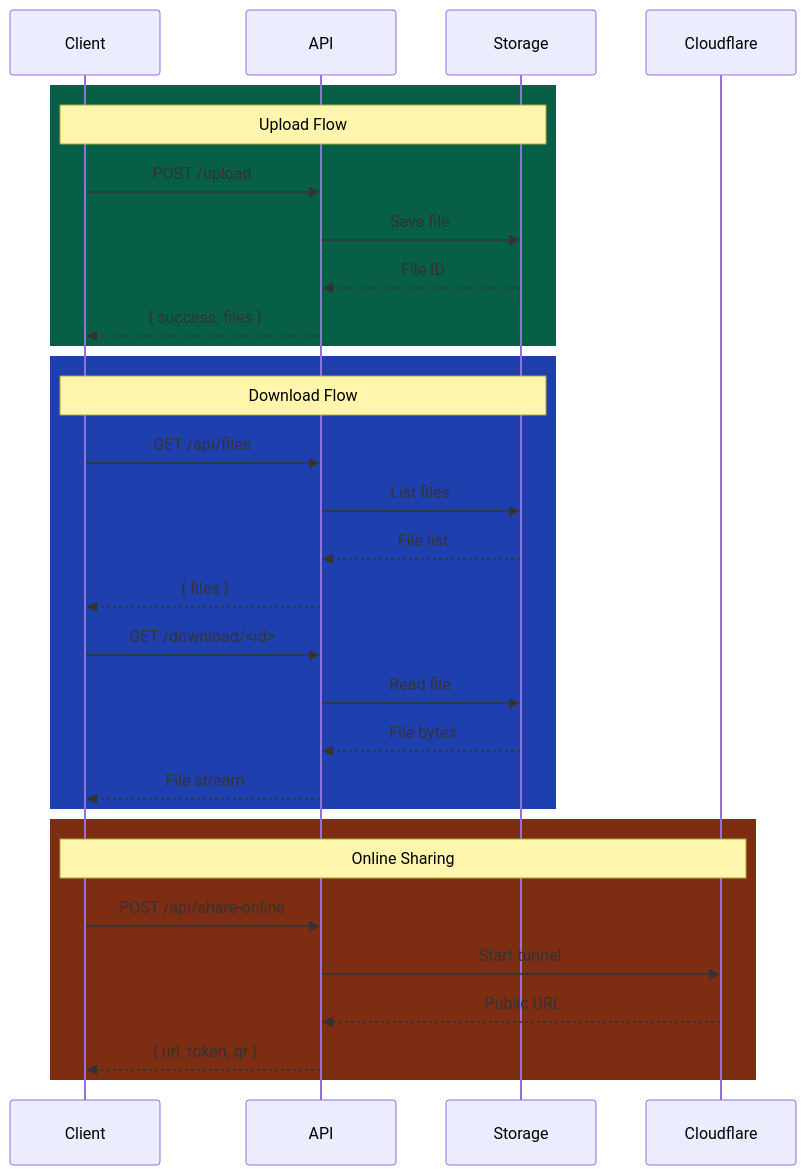
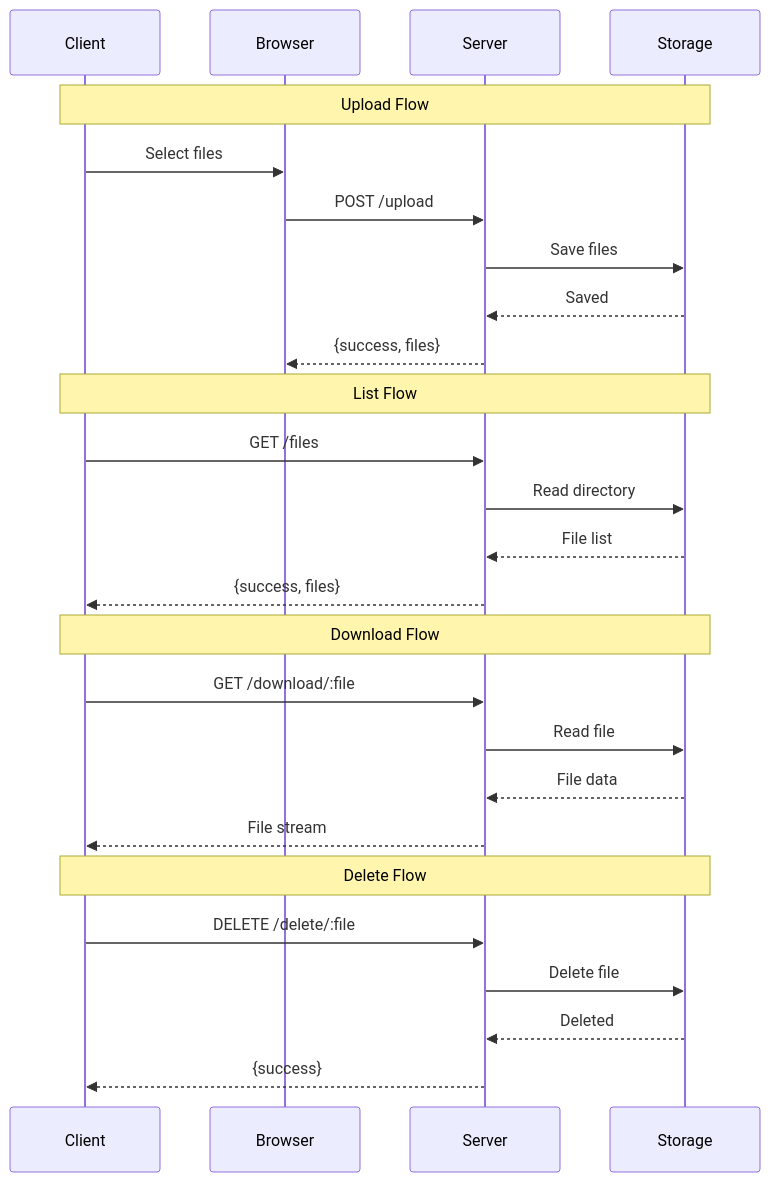
One commit to hetcharusat/sharejadpi changed the diagram in SGP_phase1/docs/api.md. Above: the diagram before and after it, drawn with Mermaid. The commit also changed other lines of this file and 3 other files, not shown here.

````diff
--- a/SGP_phase1/docs/api.md
+++ b/SGP_phase1/docs/api.md
@@ -759,35 +387,32 @@
 ```mermaid
 sequenceDiagram
-    participant Client
-    participant API
-    participant Storage
-    participant Cloudflare
+    participant 👤 as Client
+    participant 🌐 as Browser
+    participant ⚡ as Server
+    participant 💾 as Storage
     
-    rect rgb(6, 95, 70)
-        Note over Client,Storage: Upload Flow
-        Client->>API: POST /upload
-        API->>Storage: Save file
-        Storage-->>API: File ID
-        API-->>Client: { success, files }
-    end
+    Note over 👤,💾: Upload Flow
+    👤->>🌐: Select files
+    🌐->>⚡: POST /upload
+    ⚡->>💾: Save files
+    💾-->>⚡: Saved
+    ⚡-->>🌐: {success, files}
     
-    rect rgb(30, 64, 175)
-        Note over Client,Storage: Download Flow
-        Client->>API: GET /api/files
-        API->>Storage: List files
-        Storage-->>API: File list
-        API-->>Client: { files }
-        Client->>API: GET /download/<id>
-        API->>Storage: Read file
-        Storage-->>API: File bytes
-        API-->>Client: File stream
-    end
+    Note over 👤,💾: List Flow
+    👤->>⚡: GET /files
+    ⚡->>💾: Read directory
+    💾-->>⚡: File list
+    ⚡-->>👤: {success, files}
     
-    rect rgb(124, 45, 18)
-        Note over Client,Cloudflare: Online Sharing
-        Client->>API: POST /api/share-online
-        API->>Cloudflare: Start tunnel
-        Cloudflare-->>API: Public URL
-        API-->>Client: { url, token, qr }
-    end
+    Note over 👤,💾: Download Flow
+    👤->>⚡: GET /download/:file
+    ⚡->>💾: Read file
+    💾-->>⚡: File data
+    ⚡-->>👤: File stream
+    
+    Note over 👤,💾: Delete Flow
+    👤->>⚡: DELETE /delete/:file
+    ⚡->>💾: Delete file
+    💾-->>⚡: Deleted
+    ⚡-->>👤: {success}
 ```
````
